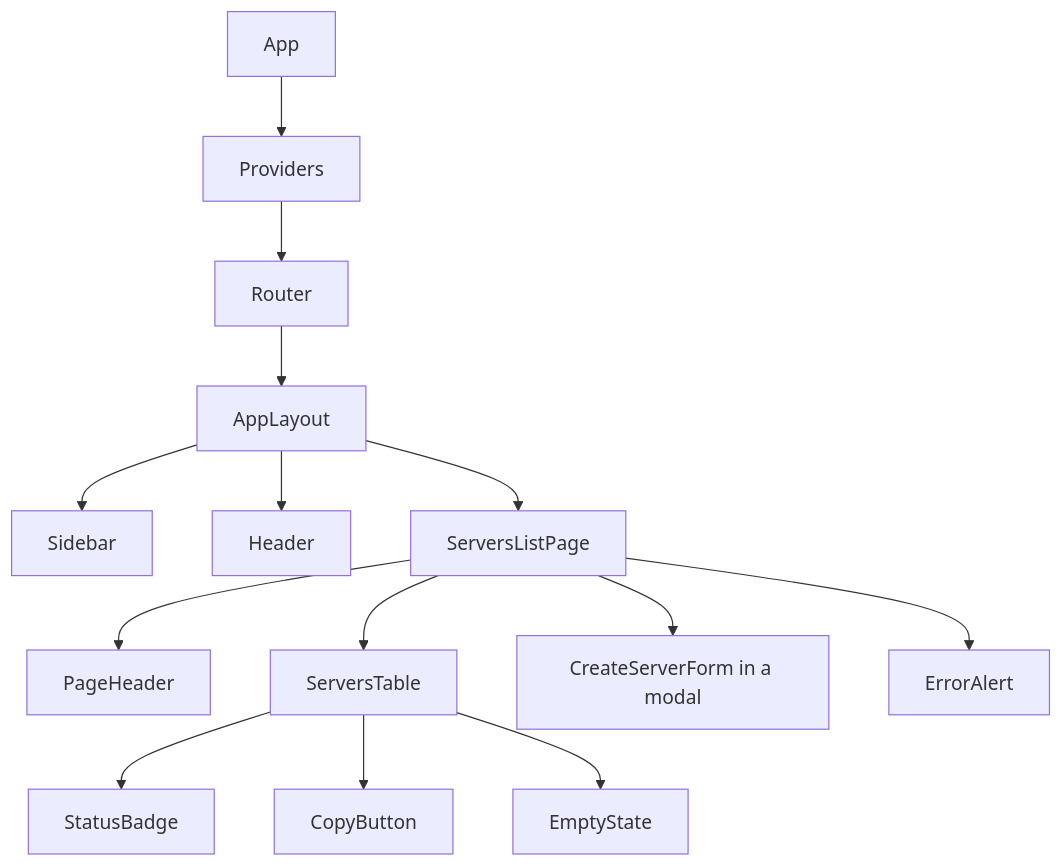
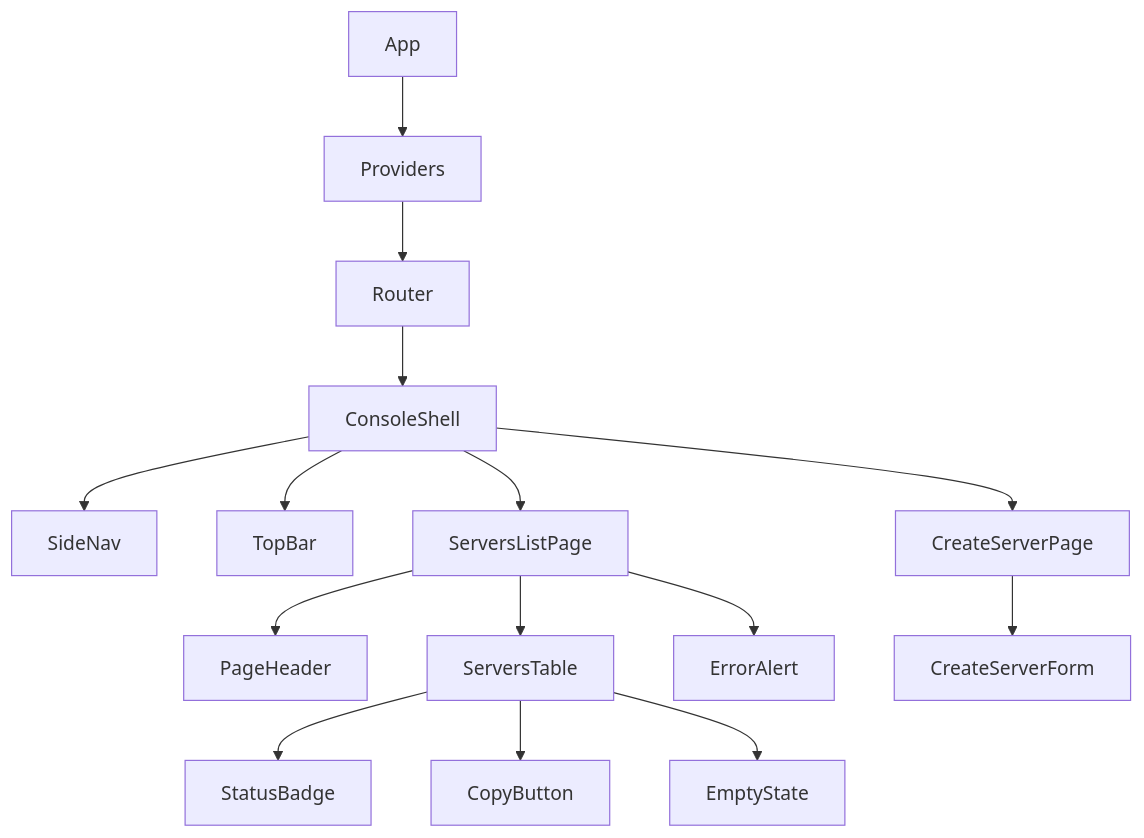
One commit to iadh05/mini-cloud changed the first of 2 diagrams in docs/FRONTEND.md. Above: the diagram before and after it, drawn with Mermaid. The commit also changed other lines of this file and 56 other files, not shown here.

First line of the commit message:
feat(dashboard): servers list and create form (MC-208)

````diff
--- a/docs/FRONTEND.md
+++ b/docs/FRONTEND.md
@@ -105,16 +104,17 @@
 ```mermaid
 flowchart TD
     App --> Providers
     Providers --> Router
-    Router --> AppLayout
-    AppLayout --> Sidebar
-    AppLayout --> Header
-    AppLayout --> ServersListPage
+    Router --> ConsoleShell
+    ConsoleShell --> SideNav
+    ConsoleShell --> TopBar
+    ConsoleShell --> ServersListPage
+    ConsoleShell --> CreateServerPage
     ServersListPage --> PageHeader
     ServersListPage --> ServersTable
-    ServersListPage --> CreateServerModal[CreateServerForm in a modal]
+    CreateServerPage --> CreateServerForm
     ServersTable --> StatusBadge
     ServersTable --> CopyButton
     ServersTable --> EmptyState
     ServersListPage --> ErrorAlert
 ```
````
